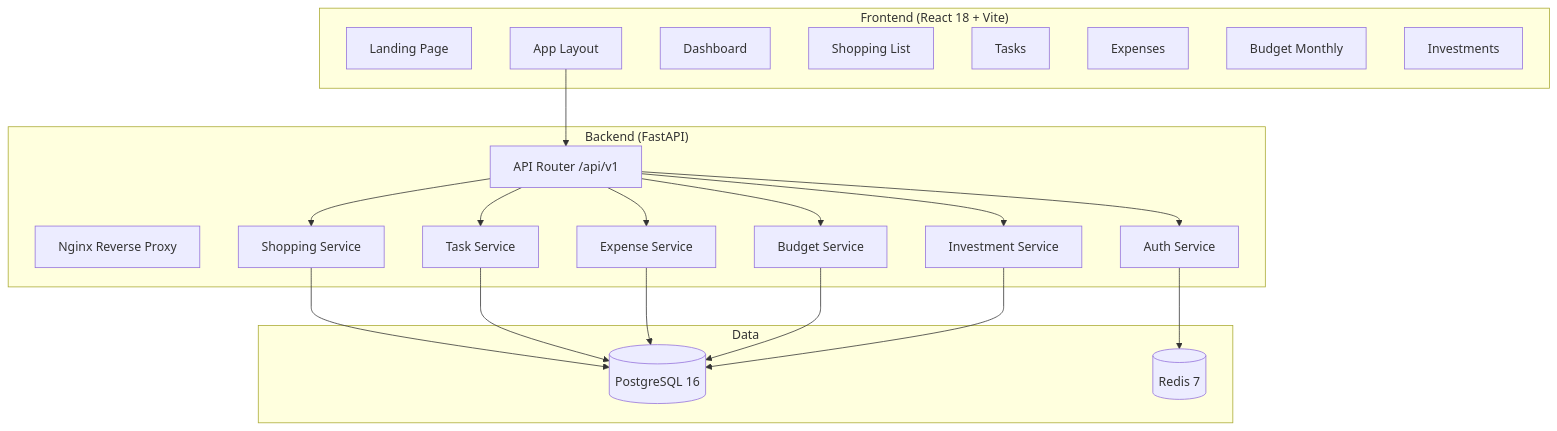
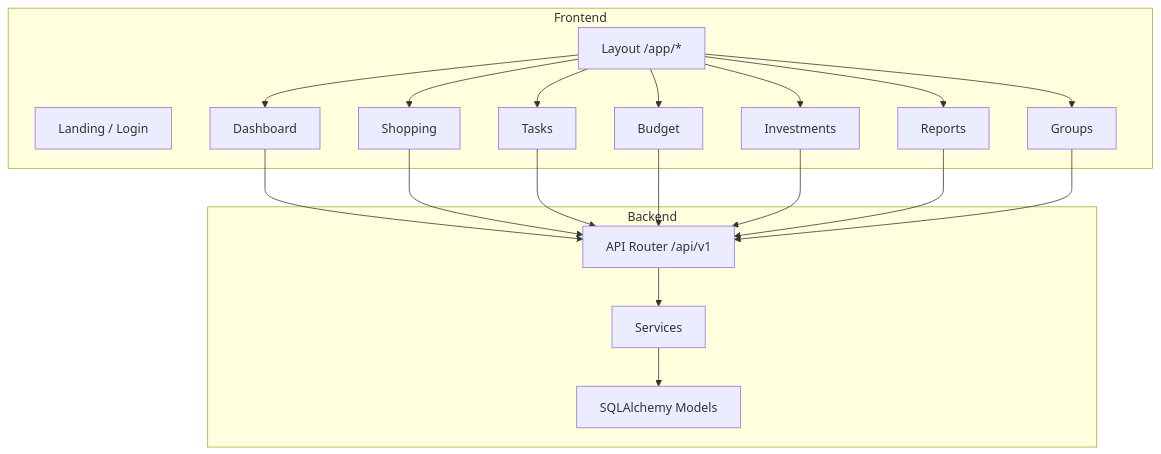
One commit to fifmazurkiewicz/FamilyOrganiser changed the second of 2 diagrams in docs/technical/architecture.md. Above: the diagram before and after it, drawn with Mermaid. The commit also changed other lines of this file and 42 other files, not shown here.

````diff
--- a/docs/technical/architecture.md
+++ b/docs/technical/architecture.md
@@ -5,35 +42,24 @@
 ```mermaid
 graph TB
-    subgraph "Frontend (React 18 + Vite)"
-        L[Landing Page]
-        A[App Layout]
+    subgraph Frontend
+        L[Landing / Login]
+        APP[Layout /app/*]
         D[Dashboard]
-        SH[Shopping List]
+        SH[Shopping]
         TK[Tasks]
-        EX[Expenses]
-        BD[Budget Monthly]
+        BD[Budget]
         INV[Investments]
+        RPT[Reports]
+        GRP[Groups]
     end
 
-    subgraph "Backend (FastAPI)"
-        GW[Nginx Reverse Proxy]
-        API[API Router /api/v1]
-        AUTH[Auth Service]
-        SHOP[Shopping Service]
-        TASK[Task Service]
-        EXP[Expense Service]
-        BUD[Budget Service]
-        INVEST[Investment Service]
+    subgraph Backend
+        R[API Router /api/v1]
+        SVC[Services]
+        ORM[SQLAlchemy Models]
     end
 
-    subgraph "Data"
-        PG[(PostgreSQL 16)]
-        RD[(Redis 7)]
-    end
-
-    A --> API
-    API --> AUTH
-    API --> SHOP & TASK & EXP & BUD & INVEST
-    SHOP & TASK & EXP & BUD & INVEST --> PG
-    AUTH --> RD
+    APP --> D & SH & TK & BD & INV & RPT & GRP
+    D & SH & TK & BD & INV & RPT & GRP --> R
+    R --> SVC --> ORM
 ```
````
